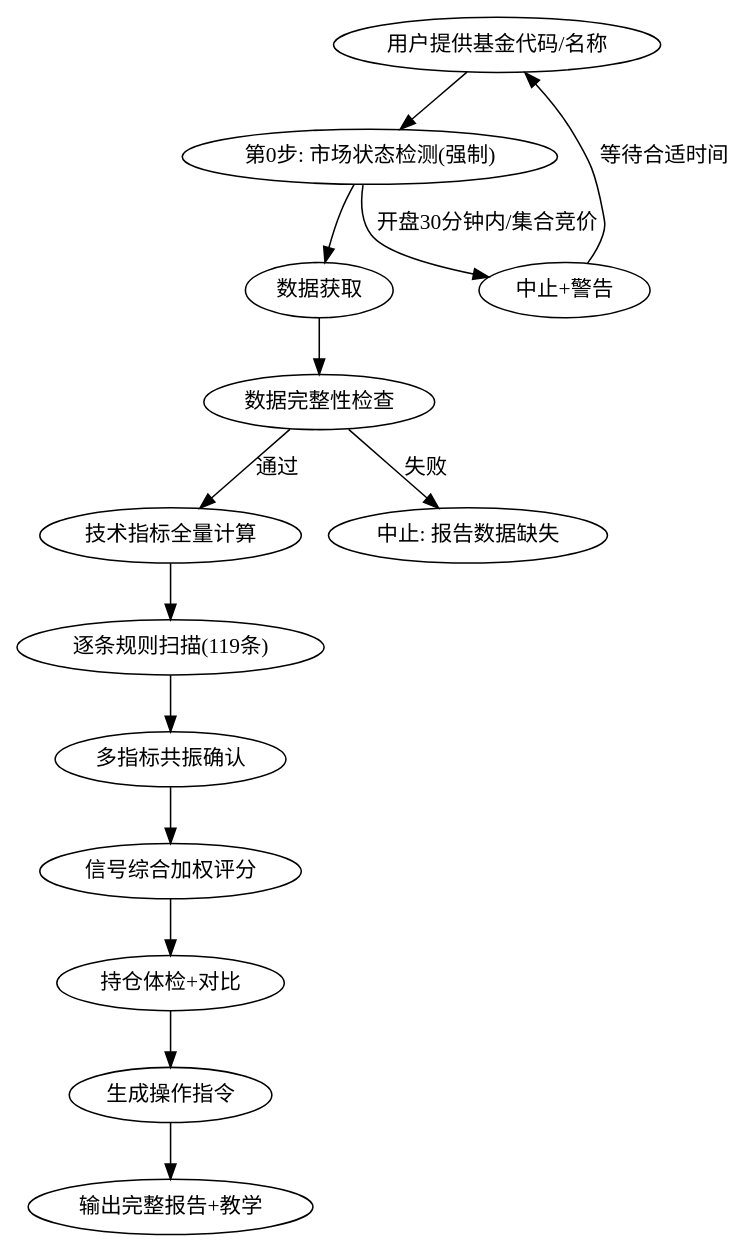
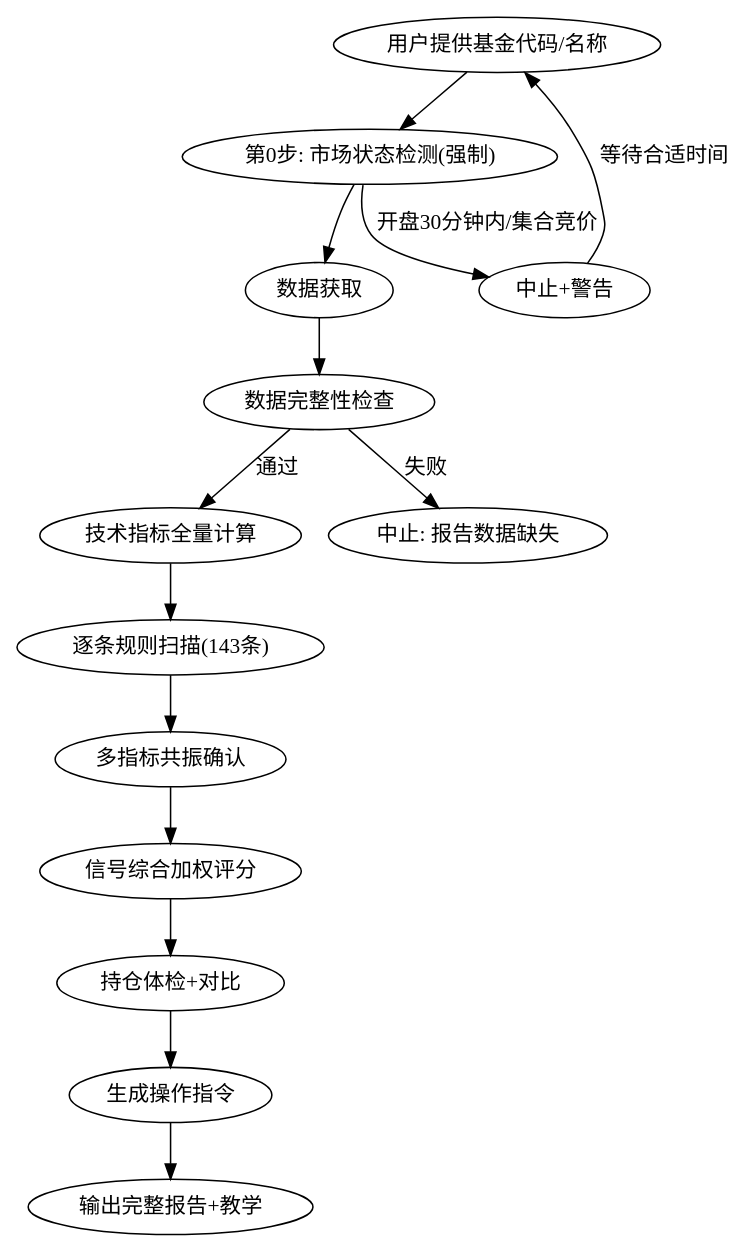
Before and after one commit to windmills/fund-bible: the diagram in SKILL.md, drawn with Graphviz. The commit also changed other lines of this file and 3 other files, not shown here.

````diff
--- a/SKILL.md
+++ b/SKILL.md
@@ -16,17 +16,17 @@
 ```dot
 digraph fund_analysis {
     "用户提供基金代码/名称" -> "第0步: 市场状态检测(强制)";
     "第0步: 市场状态检测(强制)" -> "数据获取";
     "第0步: 市场状态检测(强制)" -> "中止+警告" [label="开盘30分钟内/集合竞价"];
     "中止+警告" -> "用户提供基金代码/名称" [label="等待合适时间"];
     "数据获取" -> "数据完整性检查";
     "数据完整性检查" -> "技术指标全量计算" [label="通过"];
     "数据完整性检查" -> "中止: 报告数据缺失" [label="失败"];
-    "技术指标全量计算" -> "逐条规则扫描(119条)";
-    "逐条规则扫描(119条)" -> "多指标共振确认";
+    "技术指标全量计算" -> "逐条规则扫描(143条)";
+    "逐条规则扫描(143条)" -> "多指标共振确认";
     "多指标共振确认" -> "信号综合加权评分";
     "信号综合加权评分" -> "持仓体检+对比";
     "持仓体检+对比" -> "生成操作指令";
     "生成操作指令" -> "输出完整报告+教学";
 }
 ```
````
